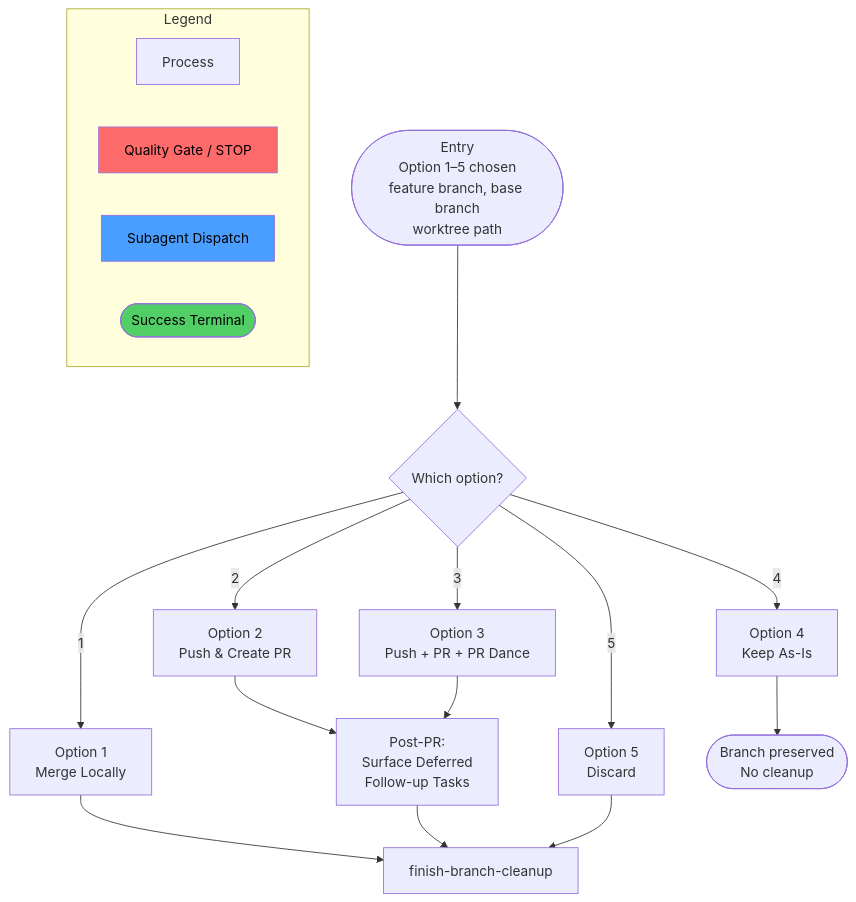
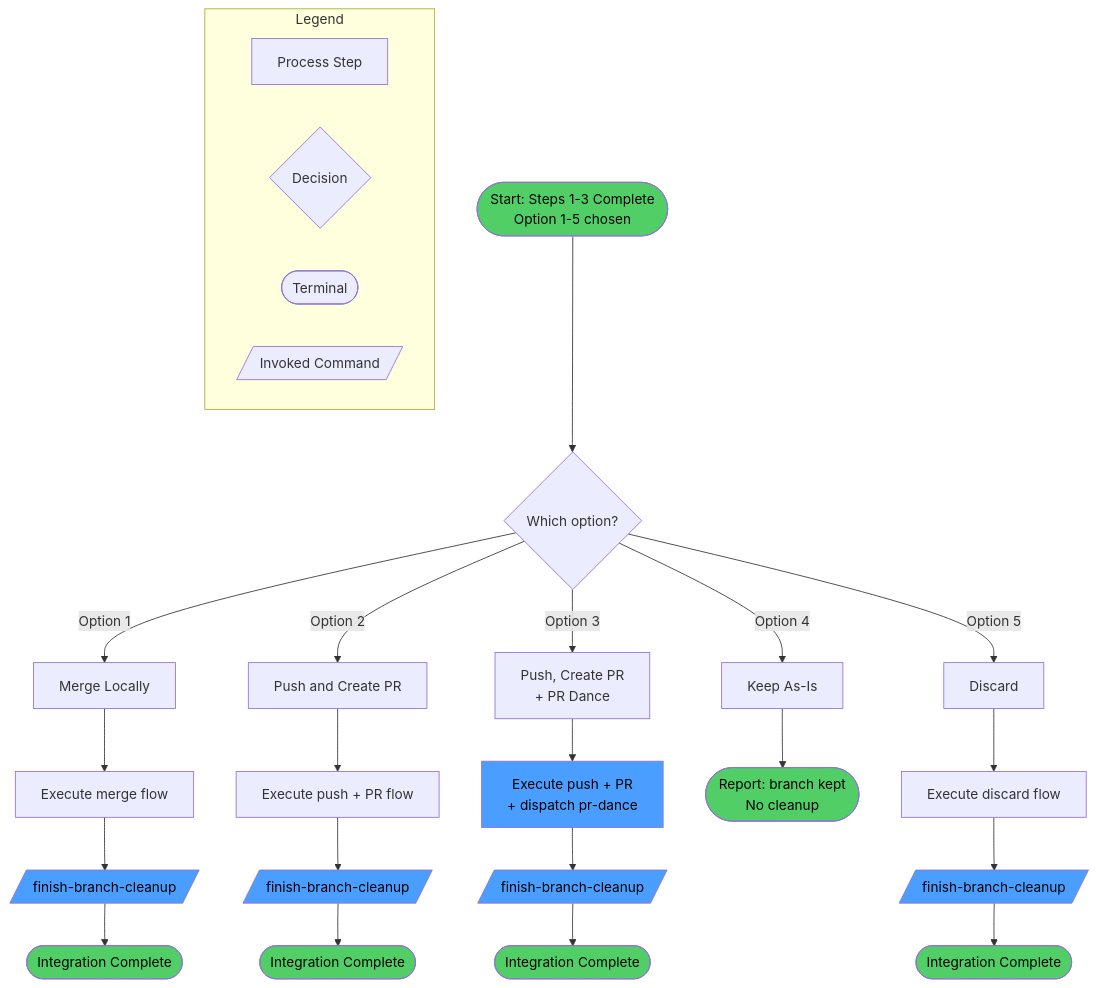
The first of 7 diagrams in docs/diagrams/commands/finish-branch-execute.md (axiomantic/spellbook), drawn with Mermaid before and after one commit. The commit also changed other lines of this file and 336 other files, not shown here.

````diff
--- a/docs/diagrams/commands/finish-branch-execute.md
+++ b/docs/diagrams/commands/finish-branch-execute.md
@@ -8,43 +8,45 @@
 ```mermaid
 flowchart TD
-    START(["Entry\nOption 1–5 chosen\nfeature branch, base branch\nworktree path"])
+    START([Start: Steps 1-3 Complete\nOption 1-5 chosen]) --> ROUTE{Which option?}
 
-    DECIDE{Which option?}
+    ROUTE -->|Option 1| OPT1[Merge Locally]
+    ROUTE -->|Option 2| OPT2[Push and Create PR]
+    ROUTE -->|Option 3| OPT3[Push, Create PR\n+ PR Dance]
+    ROUTE -->|Option 4| OPT4[Keep As-Is]
+    ROUTE -->|Option 5| OPT5[Discard]
 
-    OPT1["Option 1\nMerge Locally"]
-    OPT2["Option 2\nPush & Create PR"]
-    OPT3["Option 3\nPush + PR + PR Dance"]
-    OPT4["Option 4\nKeep As-Is"]
-    OPT5["Option 5\nDiscard"]
+    OPT1 --> MERGE_EXEC[Execute merge flow]
+    OPT2 --> PR_EXEC[Execute push + PR flow]
+    OPT3 --> DANCE_EXEC[Execute push + PR\n+ dispatch pr-dance]
+    OPT4 --> KEEP_TERM([Report: branch kept\nNo cleanup])
+    OPT5 --> DISCARD_EXEC[Execute discard flow]
 
-    POST_PR["Post-PR:\nSurface Deferred\nFollow-up Tasks"]
+    MERGE_EXEC --> CLEANUP_1[/finish-branch-cleanup/]
+    PR_EXEC --> CLEANUP_2[/finish-branch-cleanup/]
+    DANCE_EXEC --> CLEANUP_3[/finish-branch-cleanup/]
+    DISCARD_EXEC --> CLEANUP_4[/finish-branch-cleanup/]
 
-    CLEANUP["finish-branch-cleanup"]
+    CLEANUP_1 --> DONE_1([Integration Complete])
+    CLEANUP_2 --> DONE_2([Integration Complete])
+    CLEANUP_3 --> DONE_3([Integration Complete])
+    CLEANUP_4 --> DONE_4([Integration Complete])
 
-    KEEP_END(["Branch preserved\nNo cleanup"])
-
-    START --> DECIDE
-    DECIDE -->|"1"| OPT1
-    DECIDE -->|"2"| OPT2
-    DECIDE -->|"3"| OPT3
-    DECIDE -->|"4"| OPT4
-    DECIDE -->|"5"| OPT5
-
-    OPT1 --> CLEANUP
-    OPT2 --> POST_PR
-    OPT3 --> POST_PR
-    POST_PR --> CLEANUP
-    OPT4 --> KEEP_END
-    OPT5 --> CLEANUP
-
-    subgraph LEGEND["Legend"]
-        L_PROC["Process"]
-        L_GATE["Quality Gate / STOP"]:::gate
-        L_SUB["Subagent Dispatch"]:::subagent
-        L_OK(["Success Terminal"]):::success
+    subgraph legend[Legend]
+        L1[Process Step]
+        L2{Decision}
+        L3([Terminal])
+        L4[/Invoked Command/]
     end
 
-    classDef gate fill:#ff6b6b,color:#000
-    classDef subagent fill:#4a9eff,color:#000
-    classDef success fill:#51cf66,color:#000
+    style START fill:#51cf66,color:#000
+    style KEEP_TERM fill:#51cf66,color:#000
+    style DONE_1 fill:#51cf66,color:#000
+    style DONE_2 fill:#51cf66,color:#000
+    style DONE_3 fill:#51cf66,color:#000
+    style DONE_4 fill:#51cf66,color:#000
+    style CLEANUP_1 fill:#4a9eff,color:#000
+    style CLEANUP_2 fill:#4a9eff,color:#000
+    style CLEANUP_3 fill:#4a9eff,color:#000
+    style CLEANUP_4 fill:#4a9eff,color:#000
+    style DANCE_EXEC fill:#4a9eff,color:#000
 ```
````
